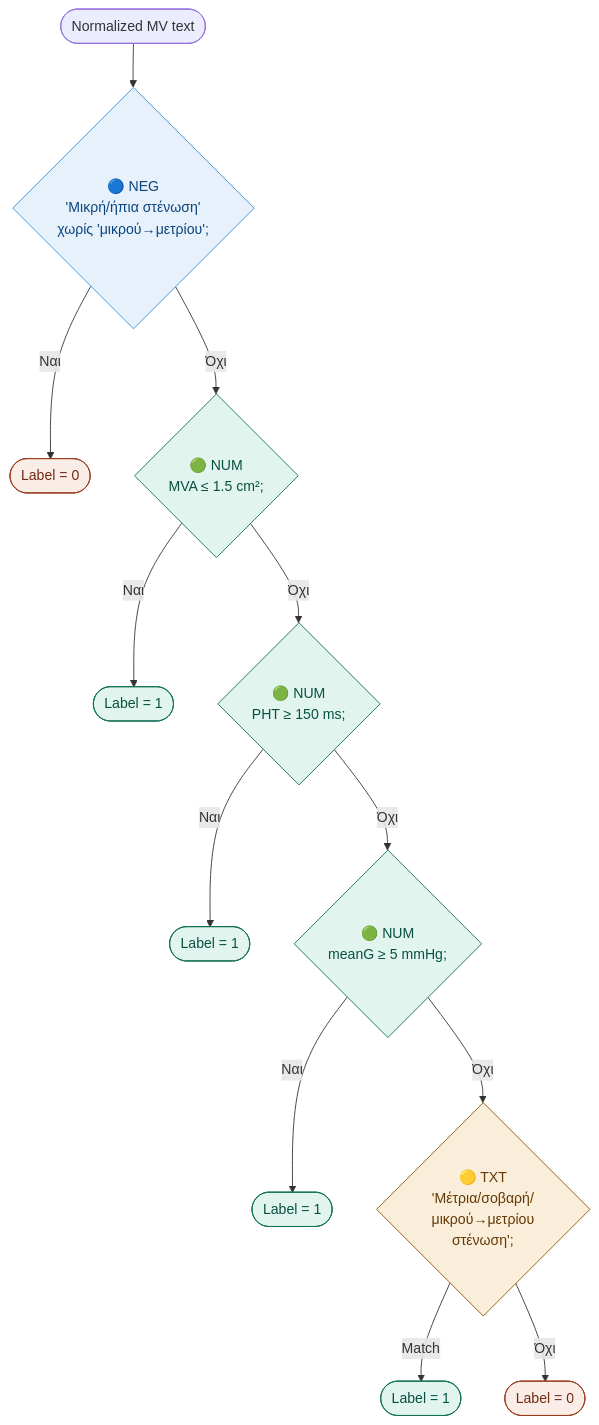
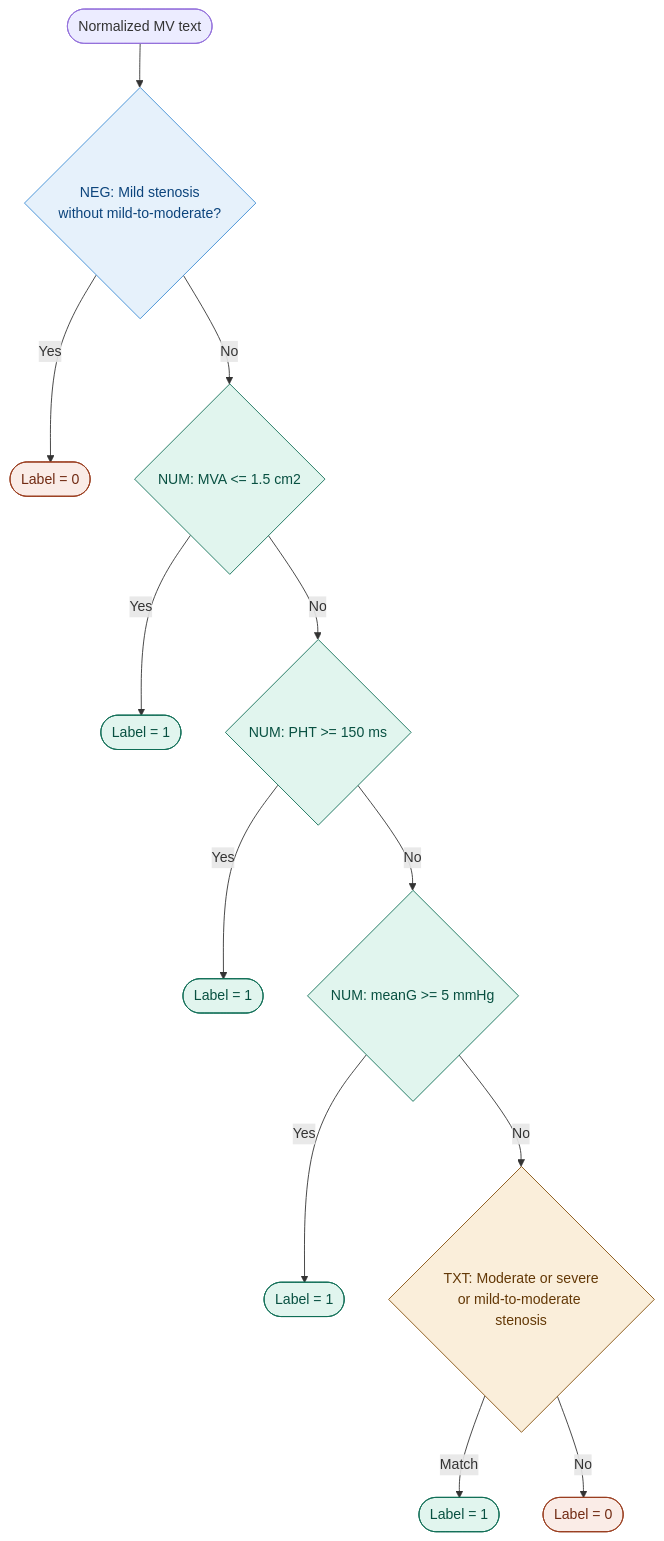
One commit to evatsioumani/Echo changed the eighth of 17 diagrams in BINARY_EXTRACTION.md. Above: the diagram before and after it, drawn with Mermaid. The commit also changed other lines of this file, not shown here.

````diff
--- a/BINARY_EXTRACTION.md
+++ b/BINARY_EXTRACTION.md
@@ -196,26 +198,26 @@
 ```mermaid
 flowchart TD
-    A([Normalized MV text]) --> B{🔵 NEG\n'Μικρή/ήπια στένωση'\nχωρίς 'μικρού→μετρίου';}
-    B -->|Ναι| Z0([Label = 0])
-    B -->|Όχι| C{🟢 NUM\nMVA ≤ 1.5 cm²;}
-    C -->|Ναι| Z1([Label = 1])
-    C -->|Όχι| D{🟢 NUM\nPHT ≥ 150 ms;}
-    D -->|Ναι| Z1b([Label = 1])
-    D -->|Όχι| E{🟢 NUM\nmeanG ≥ 5 mmHg;}
-    E -->|Ναι| Z1c([Label = 1])
-    E -->|Όχι| F{🟡 TXT\n'Μέτρια/σοβαρή/\nμικρού→μετρίου\nστένωση';}
+    A([Normalized MV text]) --> B{NEG: Mild stenosis\nwithout mild-to-moderate?}
+    B -->|Yes| Z0([Label = 0])
+    B -->|No| C{NUM: MVA <= 1.5 cm2}
+    C -->|Yes| Z1([Label = 1])
+    C -->|No| D{NUM: PHT >= 150 ms}
+    D -->|Yes| Z1b([Label = 1])
+    D -->|No| E{NUM: meanG >= 5 mmHg}
+    E -->|Yes| Z1c([Label = 1])
+    E -->|No| F{TXT: Moderate or severe\nor mild-to-moderate stenosis}
     F -->|Match| Z1d([Label = 1])
-    F -->|Όχι| Z0b([Label = 0])
+    F -->|No| Z0b([Label = 0])
 
     style Z0 fill:#FAECE7,stroke:#993C1D,color:#712B13
     style Z0b fill:#FAECE7,stroke:#993C1D,color:#712B13
     style Z1 fill:#E1F5EE,stroke:#0F6E56,color:#085041
     style Z1b fill:#E1F5EE,stroke:#0F6E56,color:#085041
     style Z1c fill:#E1F5EE,stroke:#0F6E56,color:#085041
     style Z1d fill:#E1F5EE,stroke:#0F6E56,color:#085041
     style B fill:#E6F1FB,stroke:#3B8BD4,color:#0C447C
     style C fill:#E1F5EE,stroke:#0F6E56,color:#085041
     style D fill:#E1F5EE,stroke:#0F6E56,color:#085041
     style E fill:#E1F5EE,stroke:#0F6E56,color:#085041
     style F fill:#FAEEDA,stroke:#854F0B,color:#633806
 ```
````
